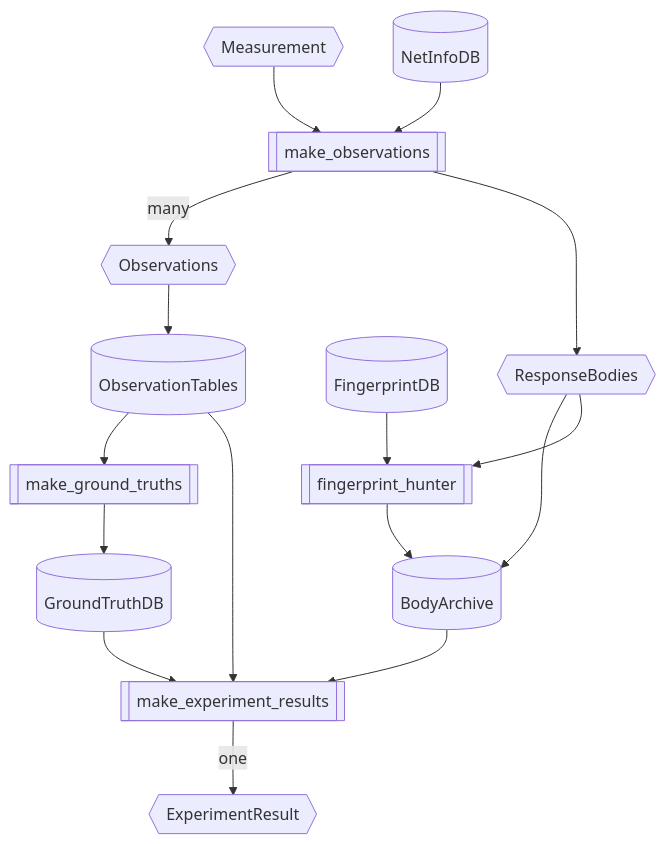
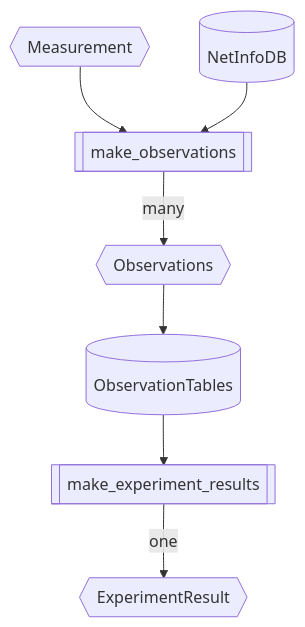
One commit to ooni/data changed the diagram in oonipipeline/Design.md. Above: the diagram before and after it, drawn with Mermaid. The commit also changed other lines of this file and 1 other file, not shown here.

````diff
--- a/oonipipeline/Design.md
+++ b/oonipipeline/Design.md
@@ -92,19 +93,10 @@
 ```mermaid
 graph
     M{{Measurement}} --> OGEN[[make_observations]]
     OGEN --> |many| O{{Observations}}
     NDB[(NetInfoDB)] --> OGEN
-    OGEN --> RB{{ResponseBodies}}
-    RB --> BA[(BodyArchive)]
-    FDB[(FingerprintDB)] --> FPH
-    FPH --> BA
-    RB --> FPH[[fingerprint_hunter]]
     O --> ODB[(ObservationTables)]
 
-    ODB --> MKGT[[make_ground_truths]]
-    MKGT --> GTDB[(GroundTruthDB)]
-    GTDB --> MKER
-    BA --> MKER
     ODB --> MKER[[make_experiment_results]]
     MKER --> |one| ER{{ExperimentResult}}
 ```
````
